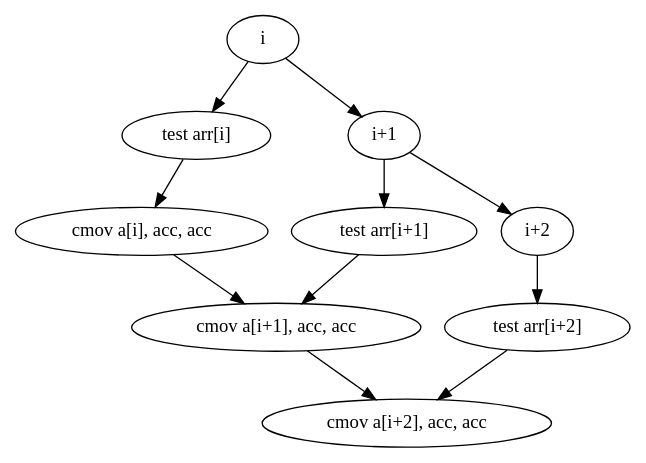
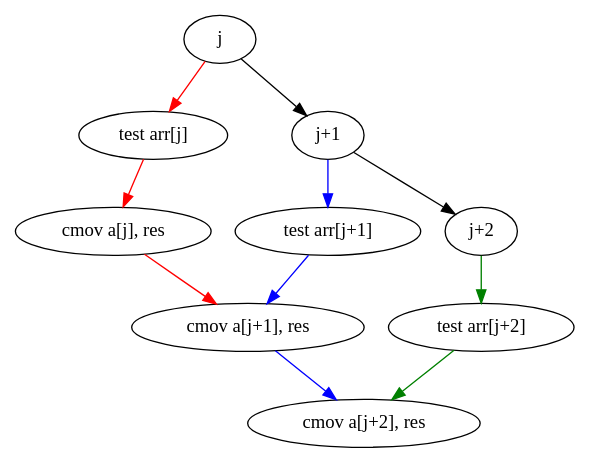
The diagram in _data/cmov_dep/no_dep.dot (vgatherps/beautiful-jekyll), drawn with Graphviz before and after one commit. The commit also changed 6 other files, not shown here.

```diff
--- a/_data/cmov_dep/no_dep.dot
+++ b/_data/cmov_dep/no_dep.dot
@@ -1,12 +1,12 @@
 digraph G {
-  "i" -> "test arr[i]"
-  "test arr[i]" -> "cmov a[i], acc, acc" 
-  "i" -> "i+1"
-  "i+1" -> "test arr[i+1]"
-  "test arr[i+1]" -> "cmov a[i+1], acc, acc"
-  "cmov a[i], acc, acc" -> "cmov a[i+1], acc, acc"
-  "i+1" -> "i+2"
-  "i+2" -> "test arr[i+2]"
-  "test arr[i+2]" -> "cmov a[i+2], acc, acc"
-  "cmov a[i+1], acc, acc" -> "cmov a[i+2], acc, acc"
+  "j" -> "test arr[j]" [color=red]
+  "test arr[j]" -> "cmov a[j], res" [color=red]
+  "cmov a[j], res" -> "cmov a[j+1], res" [color=red]
+  "j" -> "j+1"
+  "j+1" -> "test arr[j+1]" [color=blue]
+  "test arr[j+1]" -> "cmov a[j+1], res" [color=blue]
+  "cmov a[j+1], res" -> "cmov a[j+2], res" [color=blue]
+  "j+1" -> "j+2"
+  "j+2" -> "test arr[j+2]" [color=green]
+  "test arr[j+2]" -> "cmov a[j+2], res" [color=green]
 }
```
